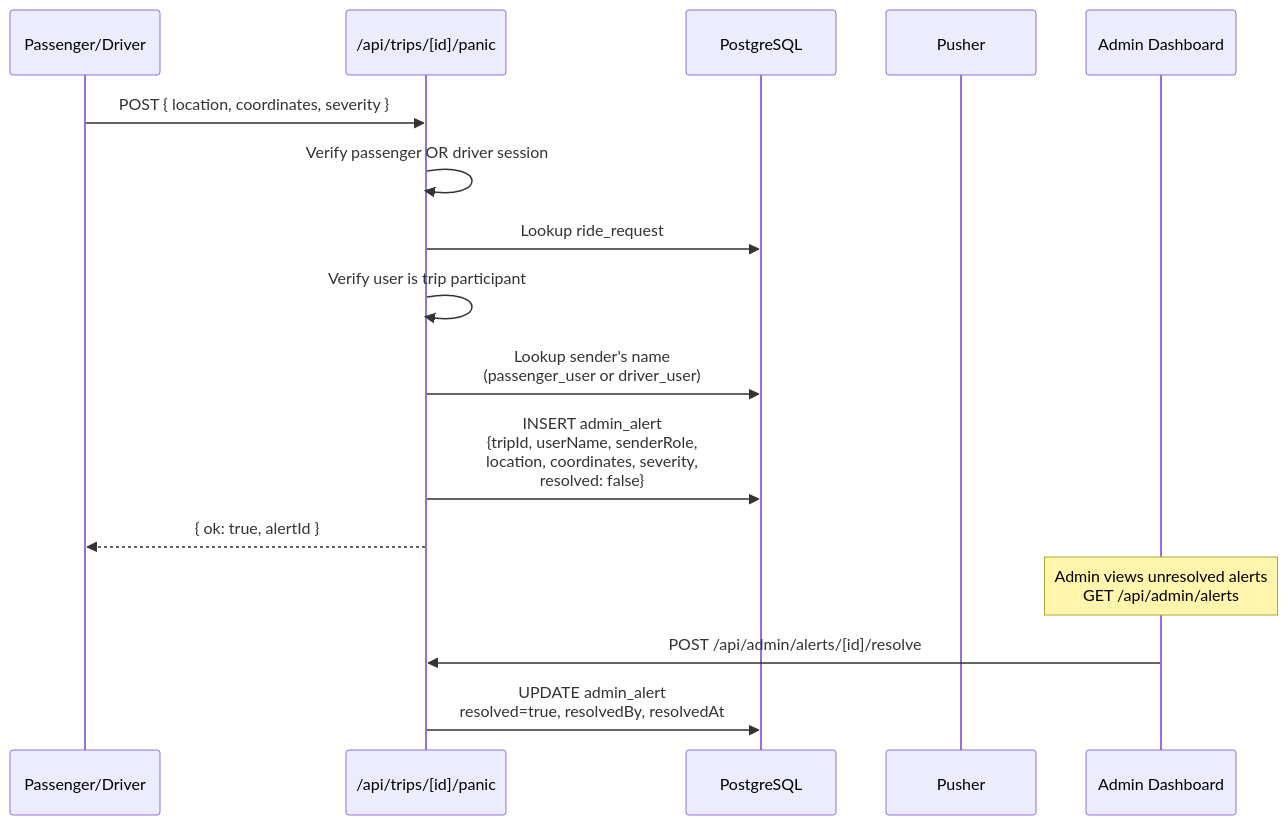
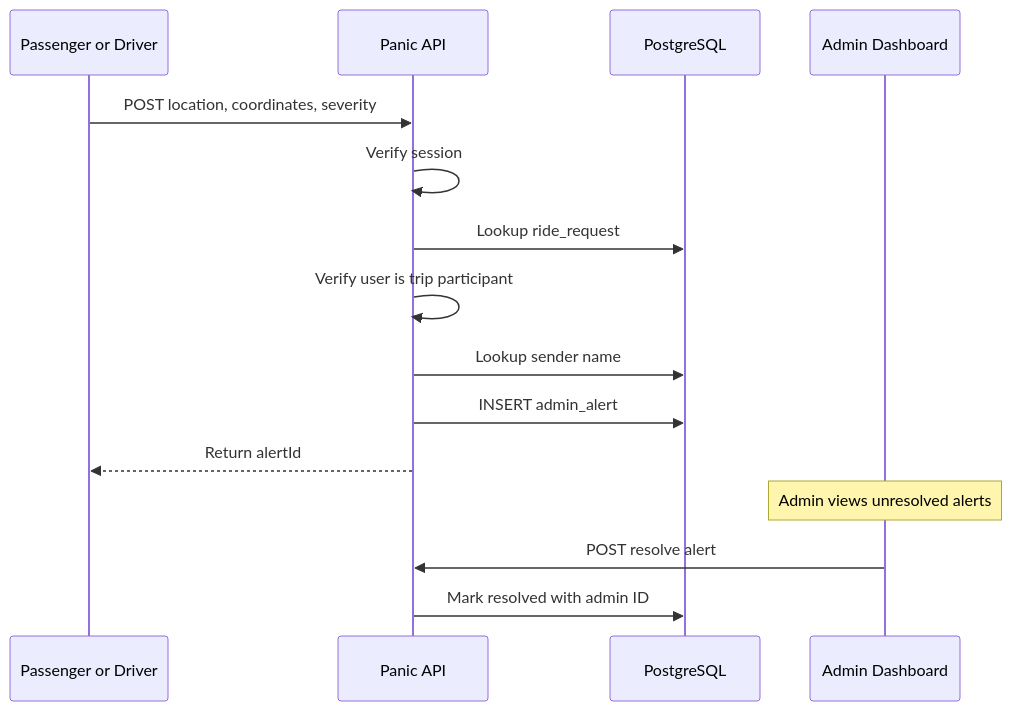
Diagram 20 of 23 in documentation.md (Amanuel-Ayal3w/ECRP), drawn with Mermaid before and after one commit. The commit also changed other lines of this file, not shown here.

First line of the commit message:
Fix Mermaid GitHub rendering and add detailed explanations

````diff
--- a/documentation.md
+++ b/documentation.md
@@ -1141,24 +1185,22 @@
 ```mermaid
 sequenceDiagram
-    participant User as Passenger/Driver
-    participant API as /api/trips/[id]/panic
+    participant User as Passenger or Driver
+    participant API as Panic API
     participant DB as PostgreSQL
-    participant Pusher as Pusher
     participant Admin as Admin Dashboard
 
-    User->>API: POST { location, coordinates, severity }
-    API->>API: Verify passenger OR driver session
+    User->>API: POST location, coordinates, severity
+    API->>API: Verify session
     API->>DB: Lookup ride_request
     API->>API: Verify user is trip participant
 
-    API->>DB: Lookup sender's name<br/>(passenger_user or driver_user)
+    API->>DB: Lookup sender name
+    API->>DB: INSERT admin_alert
 
-    API->>DB: INSERT admin_alert<br/>{tripId, userName, senderRole,<br/>location, coordinates, severity,<br/>resolved: false}
+    API-->>User: Return alertId
 
-    API-->>User: { ok: true, alertId }
+    Note over Admin: Admin views unresolved alerts
 
-    Note over Admin: Admin views unresolved alerts<br/>GET /api/admin/alerts
-
-    Admin->>API: POST /api/admin/alerts/[id]/resolve
-    API->>DB: UPDATE admin_alert<br/>resolved=true, resolvedBy, resolvedAt
+    Admin->>API: POST resolve alert
+    API->>DB: Mark resolved with admin ID
 ```
````
